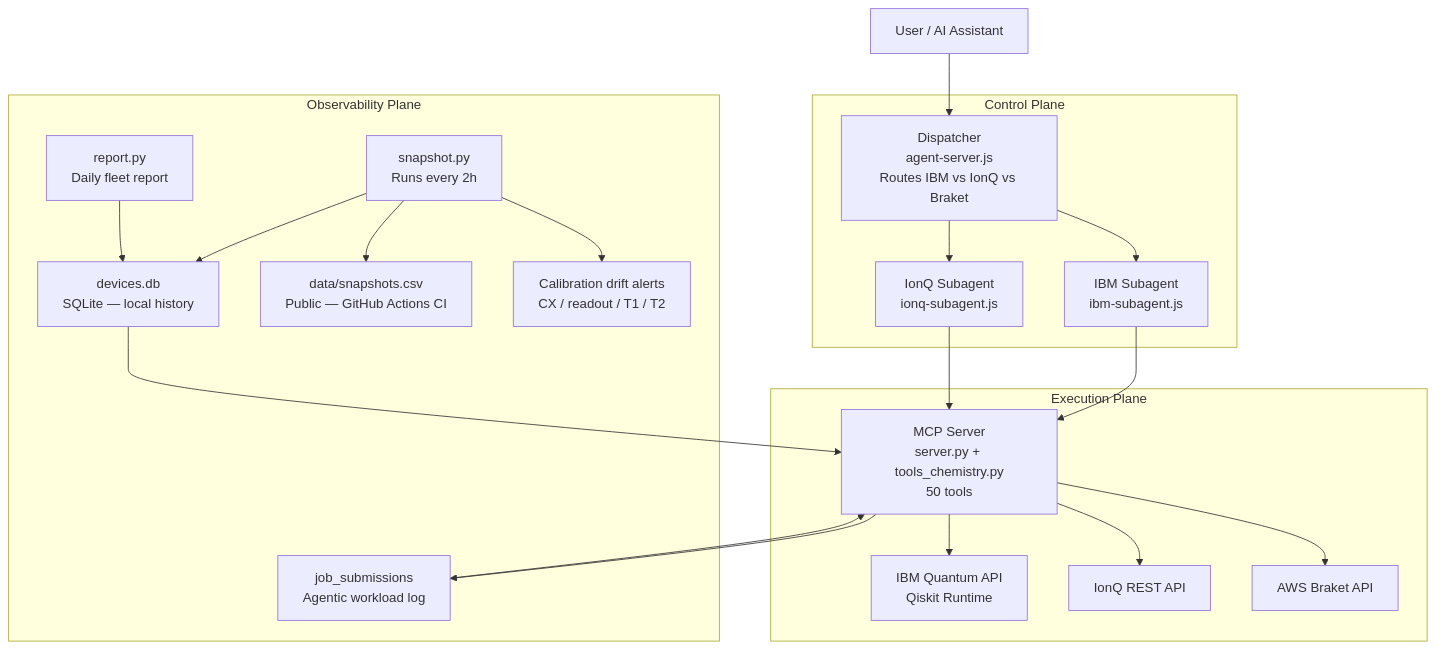
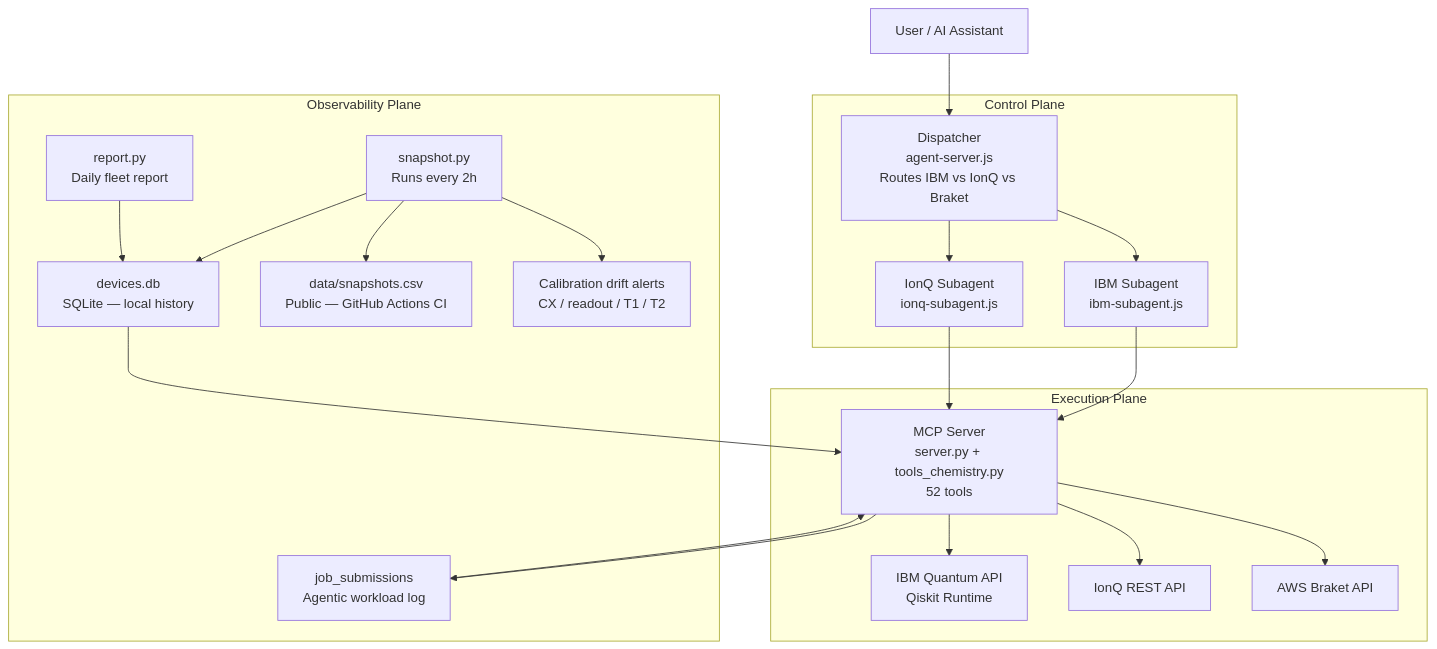
One commit to Lokesh-2025/quantum-hardware-mcp changed the diagram in README.md. Above: the diagram before and after it, drawn with Mermaid. The commit also changed other lines of this file and 2 other files, not shown here.

````diff
--- a/README.md
+++ b/README.md
@@ -62,42 +62,42 @@
 ```mermaid
 graph TD
     User["User / AI Assistant"]
 
     subgraph Control Plane
         Dispatcher["Dispatcher\nagent-server.js\nRoutes IBM vs IonQ vs Braket"]
         IBMAgent["IBM Subagent\nibm-subagent.js"]
         IonQAgent["IonQ Subagent\nionq-subagent.js"]
     end
 
     subgraph Execution Plane
-        MCP["MCP Server\nserver.py + tools_chemistry.py\n50 tools"]
+        MCP["MCP Server\nserver.py + tools_chemistry.py\n52 tools"]
         IBMAPI["IBM Quantum API\nQiskit Runtime"]
         IonQAPI["IonQ REST API"]
         BraketAPI["AWS Braket API"]
     end
 
     subgraph Observability Plane
         Snapshot["snapshot.py\nRuns every 2h"]
         DB["devices.db\nSQLite — local history"]
         CSV["data/snapshots.csv\nPublic — GitHub Actions CI"]
         Jobs["job_submissions\nAgentic workload log"]
         Report["report.py\nDaily fleet report"]
         Alerts["Calibration drift alerts\nCX / readout / T1 / T2"]
     end
 
     User --> Dispatcher
     Dispatcher --> IBMAgent
     Dispatcher --> IonQAgent
     IBMAgent --> MCP
     IonQAgent --> MCP
     MCP --> IBMAPI
     MCP --> IonQAPI
     MCP --> BraketAPI
     Snapshot --> DB
     Snapshot --> CSV
     Snapshot --> Alerts
     MCP --> Jobs
     DB --> MCP
     Jobs --> MCP
     Report --> DB
 ```
````
